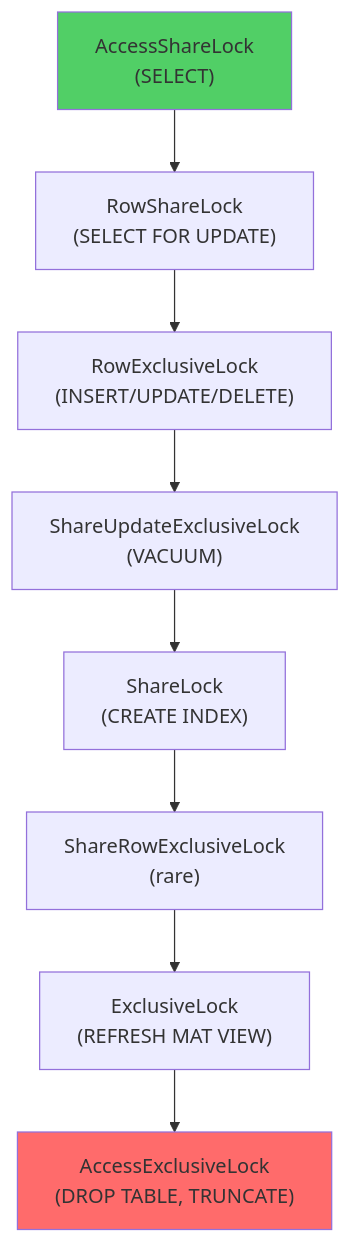
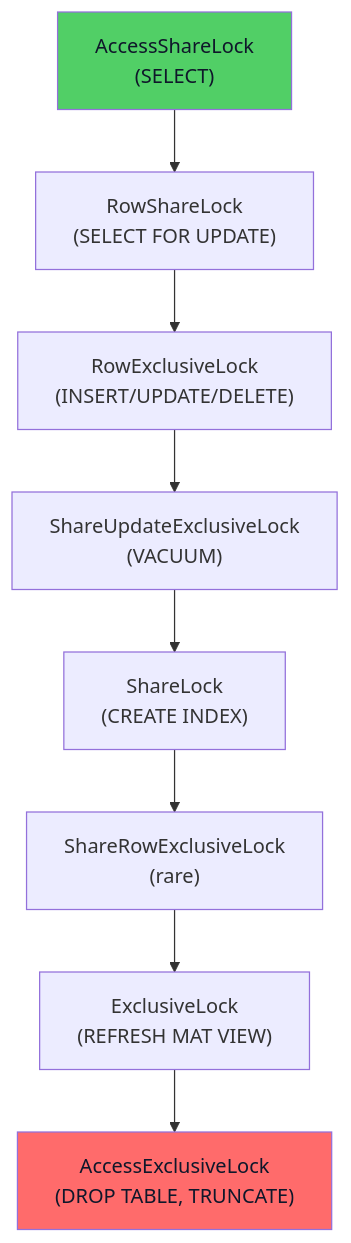
The fourth of 9 diagrams in topics/computing/data/sql_and_relational_query_optimization/labs.md (blebleblee/synapse), drawn with Mermaid before and after one commit. The commit also changed other lines of this file and 1464 other files, not shown here.

Commit message:
feat(release): curriculum vector mermaid upgrade, render hardening, and master synpack

````diff
--- a/topics/computing/data/sql_and_relational_query_optimization/labs.md
+++ b/topics/computing/data/sql_and_relational_query_optimization/labs.md
@@ -362,13 +394,13 @@
 ```mermaid
 graph TD
     A["AccessShareLock<br/>(SELECT)"] --> B["RowShareLock<br/>(SELECT FOR UPDATE)"]
     B --> C["RowExclusiveLock<br/>(INSERT/UPDATE/DELETE)"]
     C --> D["ShareUpdateExclusiveLock<br/>(VACUUM)"]
     D --> E["ShareLock<br/>(CREATE INDEX)"]
     E --> F["ShareRowExclusiveLock<br/>(rare)"]
     F --> G["ExclusiveLock<br/>(REFRESH MAT VIEW)"]
     G --> H["AccessExclusiveLock<br/>(DROP TABLE, TRUNCATE)"]
     
-    style H fill:#ff6b6b
-    style A fill:#51cf66
+    style H fill:#ff6b6b,color:#0f172a
+    style A fill:#51cf66,color:#0f172a
 ```
````
